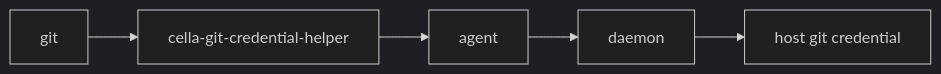
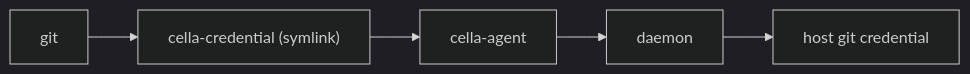
The second of 2 diagrams in crates/cella-agent/docs/agent-architecture.md (eve0415/cella), drawn with Mermaid (dark theme) before and after one commit. The commit also changed other lines of this file and 16 other files, not shown here.

````diff
--- a/crates/cella-agent/docs/agent-architecture.md
+++ b/crates/cella-agent/docs/agent-architecture.md
@@ -88,4 +89,4 @@
 ```mermaid
 graph LR
-    git --> cella["cella-git-credential-helper"] --> agent --> daemon --> host["host git credential"]
+    git --> cella["cella-credential (symlink)"] --> agent["cella-agent"] --> daemon --> host["host git credential"]
 ```
````
